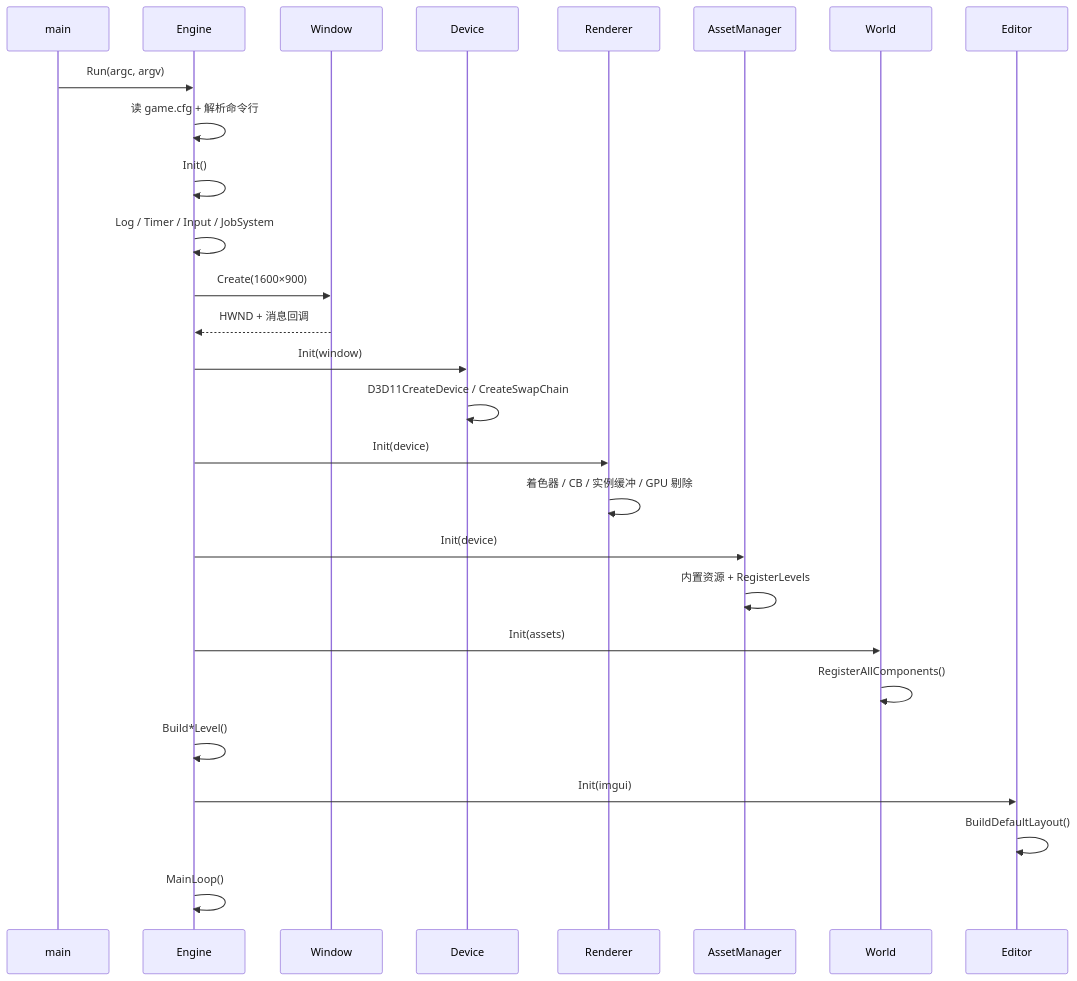
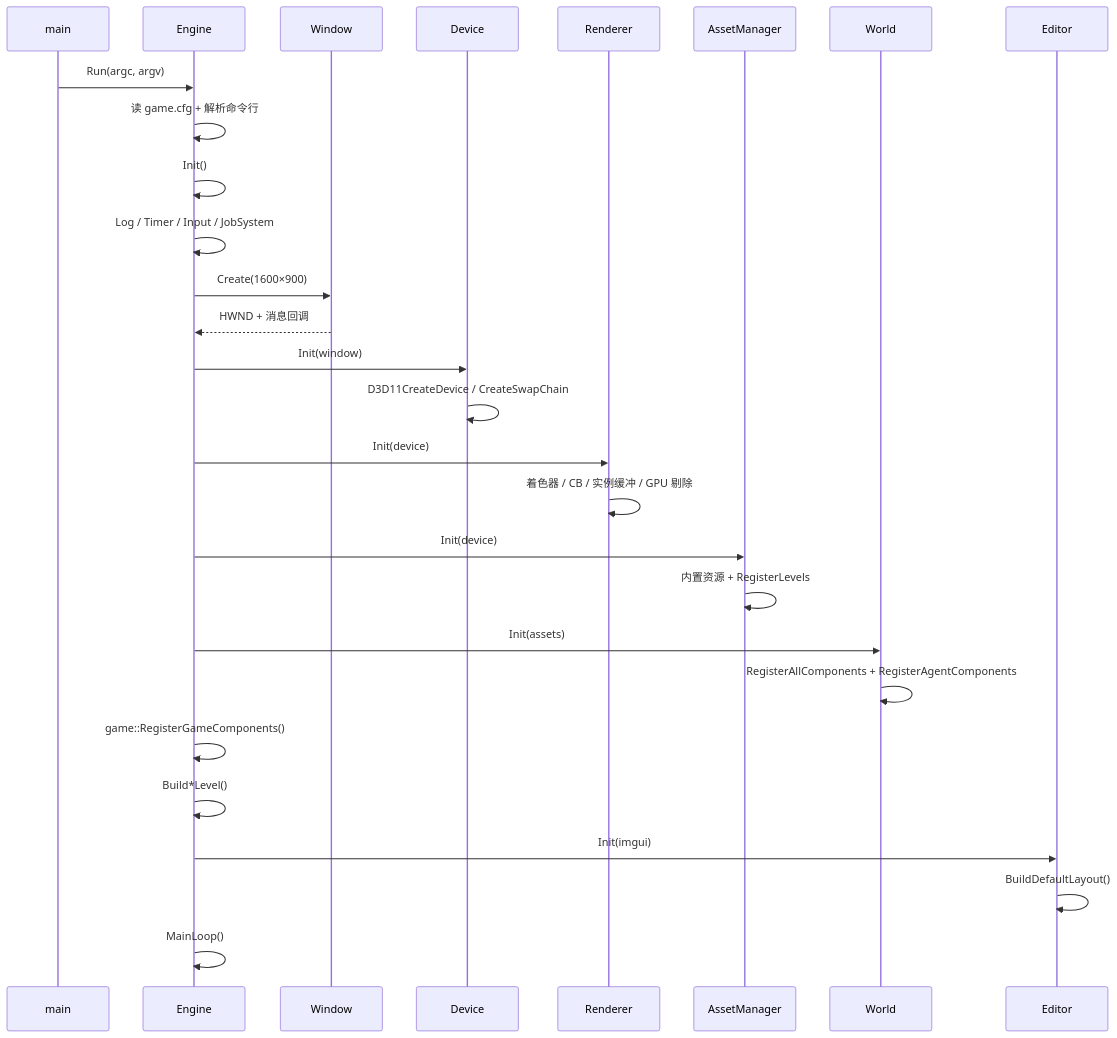
One commit to zhaoh008/ErMao changed the first of 7 diagrams in 文档/代码总纲/00-代码总纲.md. Above: the diagram before and after it, drawn with Mermaid. The commit also changed other lines of this file and 2 other files, not shown here.

````diff
--- a/文档/代码总纲/00-代码总纲.md
+++ b/文档/代码总纲/00-代码总纲.md
@@ -173,30 +175,31 @@
 ```mermaid
 sequenceDiagram
     participant M as main
     participant E as Engine
     participant W as Window
     participant D as Device
     participant R as Renderer
     participant A as AssetManager
     participant World
     participant UI as Editor
 
     M->>E: Run(argc, argv)
     E->>E: 读 game.cfg + 解析命令行
     E->>E: Init()
     E->>E: Log / Timer / Input / JobSystem
     E->>W: Create(1600×900)
     W-->>E: HWND + 消息回调
     E->>D: Init(window)
     D->>D: D3D11CreateDevice / CreateSwapChain
     E->>R: Init(device)
     R->>R: 着色器 / CB / 实例缓冲 / GPU 剔除
     E->>A: Init(device)
     A->>A: 内置资源 + RegisterLevels
     E->>World: Init(assets)
-    World->>World: RegisterAllComponents()
+    World->>World: RegisterAllComponents + RegisterAgentComponents
+    E->>E: game::RegisterGameComponents()
     E->>E: Build*Level()
     E->>UI: Init(imgui)
     UI->>UI: BuildDefaultLayout()
     E->>E: MainLoop()
 ```
````
